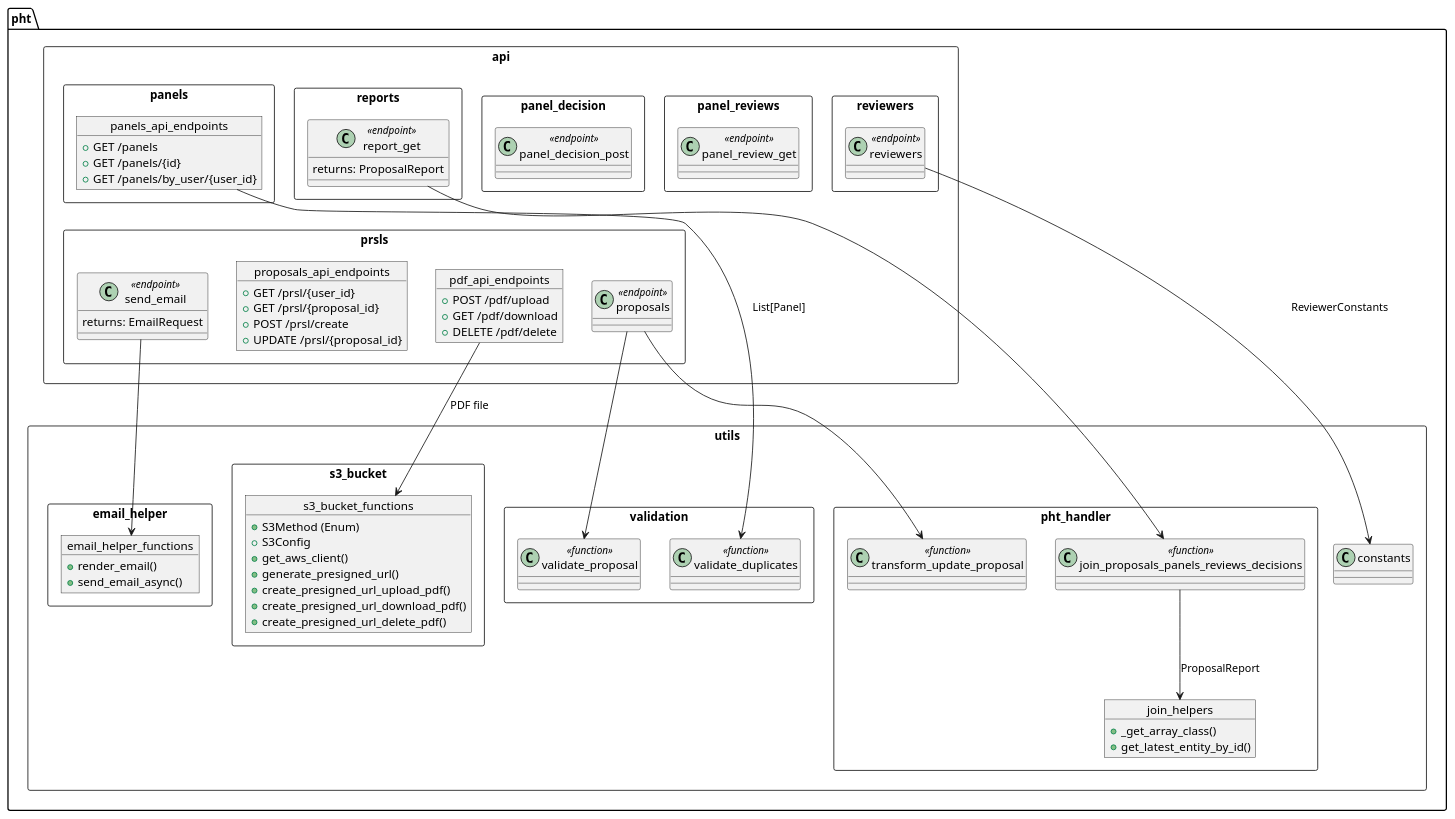
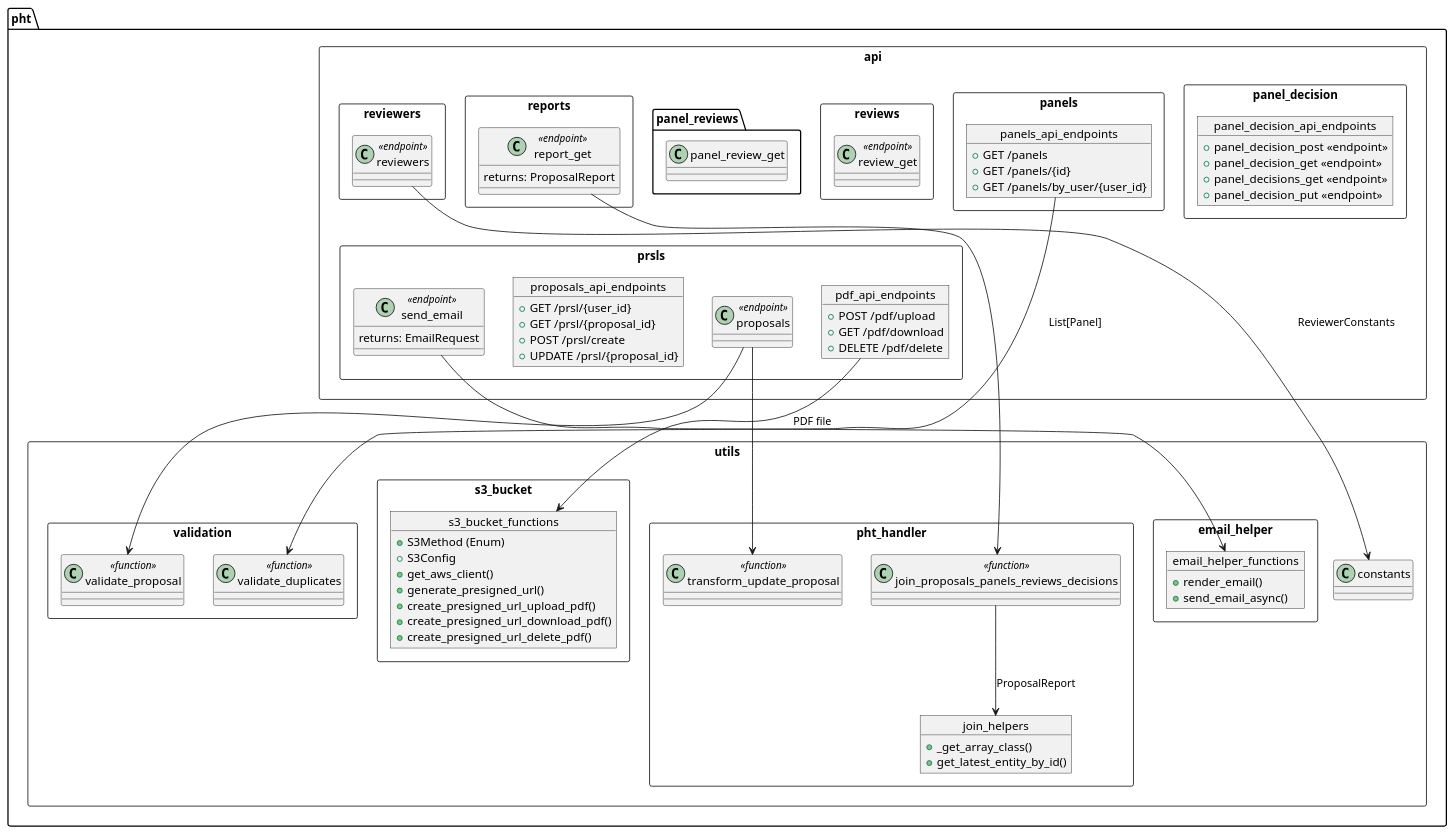
Before and after one commit to ska-telescope/ska-oso-services: the diagram in docs/src/internal/diagrams/module_view_pht.puml, drawn with PlantUML. The commit also changed other lines of this file and 3 other files, not shown here.

Commit message:
STAR-1524: More changes to diagrams

```diff
--- a/docs/src/internal/diagrams/module_view_pht.puml
+++ b/docs/src/internal/diagrams/module_view_pht.puml
@@ -1,98 +1,102 @@
 @startuml
 top to bottom direction
 
 package "pht" as pht_pkg {
 
     package "api" <<Rectangle>> {
 
         package "prsls" <<Rectangle>> {
             class send_email <<endpoint>> {
                 returns: EmailRequest
             }
             class proposals <<endpoint>>
             object proposals_api_endpoints {
                 + GET /prsl/{user_id}
                 + GET /prsl/{proposal_id}
                 + POST /prsl/create
                 + UPDATE /prsl/{proposal_id}
             }
             object pdf_api_endpoints {
                 + POST /pdf/upload
                 + GET /pdf/download
                 + DELETE /pdf/delete
             }
         }
 
-        package "panel_reviews" <<Rectangle>> {
-            class panel_review_get <<endpoint>>
-        }
-        package "reviewers" <<Rectangle>> {
-            class reviewers <<endpoint>>
-        }
         package "panel_decision" <<Rectangle>> {
-            class panel_decision_post <<endpoint>>
+            object panel_decision_api_endpoints {
+                  + panel_decision_post <<endpoint>>
+                  + panel_decision_get <<endpoint>>
+                  + panel_decisions_get <<endpoint>>
+                  + panel_decision_put <<endpoint>>
+            }
         }
         package "panels" <<Rectangle>> {
             object panels_api_endpoints {
                 + GET /panels
                 + GET /panels/{id}
                 + GET /panels/by_user/{user_id}
             }
+        }
+        package "reviews" <<Rectangle>> {
+            class review_get <<endpoint>>
+        }
+        package "reviewers" <<Rectangle>> {
+            class reviewers <<endpoint>>
         }
         package "reports" <<Rectangle>> {
             class report_get <<endpoint>> {
                 returns: ProposalReport
             }
         }
         reports.report_get -down[hidden]- prsls.send_email
     }
 
     package "utils" <<Rectangle>> {
         package "email_helper" <<Rectangle>> {
             object email_helper_functions {
                 + render_email()
                 + send_email_async()
             }
         }
         package "pht_handler" <<Rectangle>> {
             class join_proposals_panels_reviews_decisions <<function>>
             object join_helpers {
                 + _get_array_class()
                 + get_latest_entity_by_id()
             }
             class transform_update_proposal <<function>>
         }
         package "s3_bucket" <<Rectangle>> {
             object s3_bucket_functions {
                 + S3Method (Enum)
                 + S3Config
                 + get_aws_client()
                 + generate_presigned_url()
                 + create_presigned_url_upload_pdf()
                 + create_presigned_url_download_pdf()
                 + create_presigned_url_delete_pdf()
             }
         }
         package "validation" <<Rectangle>> {
             class validate_duplicates <<function>>
             class validate_proposal <<function>>
         }
         class constants
     }
 
     ' --- FORCE LAYOUT: Utils under API ---
     api.panel_reviews.panel_review_get -down[hidden]- utils.email_helper.email_helper_functions
 
     ' --- Relationships, return types only ---
     api.prsls.proposals --> utils.validation.validate_proposal
     api.prsls.proposals --> utils.pht_handler.transform_update_proposal
     api.prsls.pdf_api_endpoints --> utils.s3_bucket.s3_bucket_functions : PDF file
     api.panels.panels_api_endpoints --> utils.validation.validate_duplicates : List[Panel]
     api.reports.report_get --> utils.pht_handler.join_proposals_panels_reviews_decisions
     api.prsls.send_email --> utils.email_helper.email_helper_functions
     api.reviewers.reviewers --> utils.constants : ReviewerConstants
     utils.pht_handler.join_proposals_panels_reviews_decisions --> utils.pht_handler.join_helpers : ProposalReport
 
 }
-
 @enduml
```
